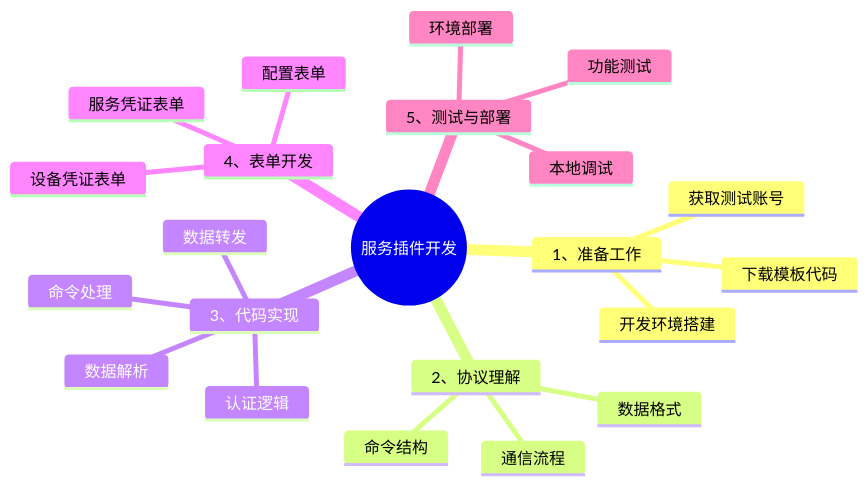
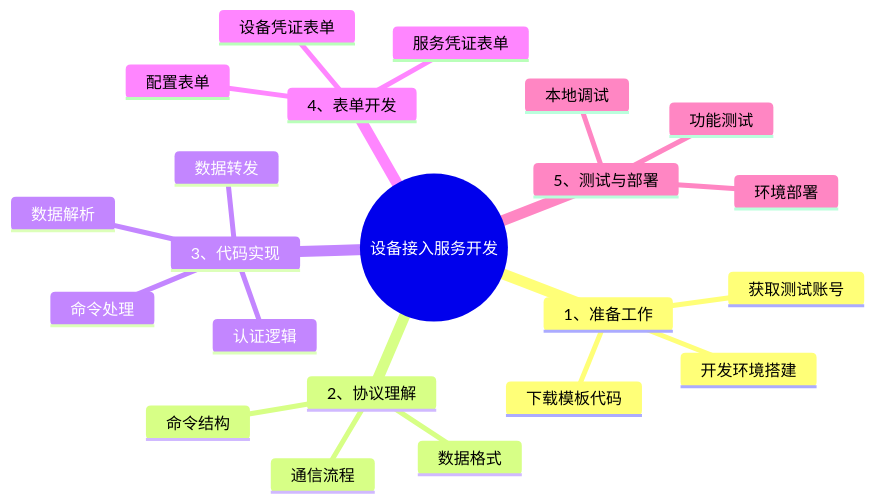
One commit to ThingsPanel/thingspanel.github.io changed the third of 3 diagrams in docs/developer-guide/developing-plug-in/customProtocol.md. Above: the diagram before and after it, drawn with Mermaid. The commit also changed other lines of this file and 28 other files, not shown here.

````diff
--- a/docs/developer-guide/developing-plug-in/customProtocol.md
+++ b/docs/developer-guide/developing-plug-in/customProtocol.md
@@ -108,25 +108,25 @@
 ```mermaid
 mindmap
-  root((服务插件开发))
+  root((设备接入服务开发))
     1、准备工作
       开发环境搭建
       获取测试账号
       下载模板代码
     2、协议理解
       数据格式
       通信流程
       命令结构
     3、代码实现
       认证逻辑
       数据解析
       数据转发
       命令处理
     4、表单开发
       设备凭证表单
       服务凭证表单
       配置表单
     5、测试与部署
       本地调试
       环境部署
       功能测试
 ```
````
